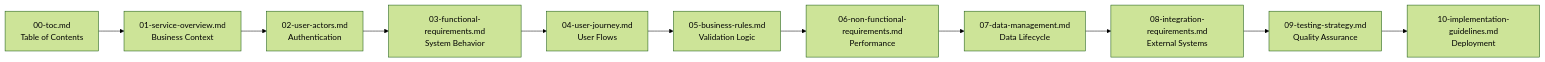
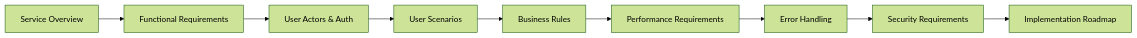
Before and after one commit to wrtnlabs/autobe-examples: the diagram in deepseek/deepseek-v3.1-terminus-exacto/todo/docs/analysis/00-toc.md, drawn with Mermaid (forest theme). The commit also changed other lines of this file and 22498 other files, not shown here.

````diff
--- a/deepseek/deepseek-v3.1-terminus-exacto/todo/docs/analysis/00-toc.md
+++ b/deepseek/deepseek-v3.1-terminus-exacto/todo/docs/analysis/00-toc.md
@@ -32,13 +27,11 @@
 ```mermaid
 graph LR
-    A["00-toc.md<br/>Table of Contents"] --> B["01-service-overview.md<br/>Business Context"]
-    B --> C["02-user-actors.md<br/>Authentication"]
-    C --> D["03-functional-requirements.md<br/>System Behavior"]
-    D --> E["04-user-journey.md<br/>User Flows"]
-    E --> F["05-business-rules.md<br/>Validation Logic"]
-    F --> G["06-non-functional-requirements.md<br/>Performance"]
-    G --> H["07-data-management.md<br/>Data Lifecycle"]
-    H --> I["08-integration-requirements.md<br/>External Systems"]
-    I --> J["09-testing-strategy.md<br/>Quality Assurance"]
-    J --> K["10-implementation-guidelines.md<br/>Deployment"]
+    A["Service Overview"] --> B["Functional Requirements"]
+    B --> C["User Actors & Auth"]
+    C --> D["User Scenarios"]
+    D --> E["Business Rules"]
+    E --> F["Performance Requirements"]
+    F --> G["Error Handling"]
+    G --> H["Security Requirements"]
+    H --> I["Implementation Roadmap"]
 ```
````
